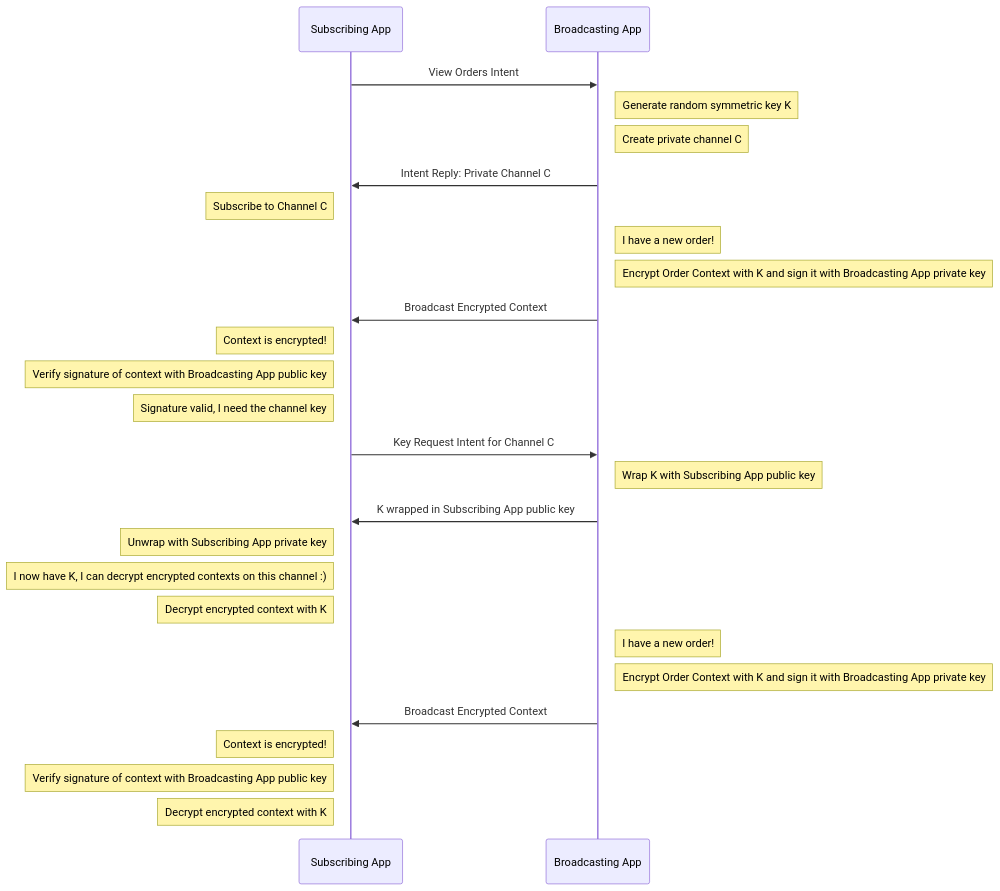
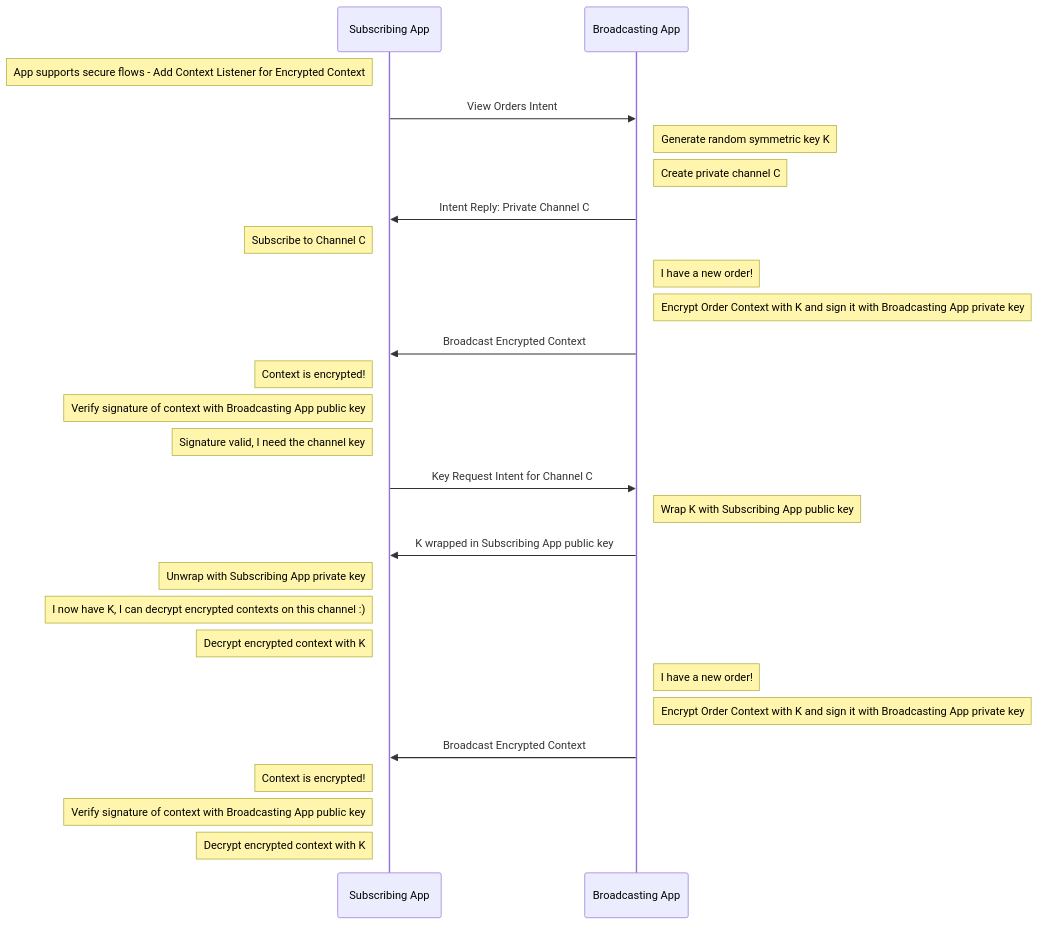
The second of 3 diagrams in website/docs/api/security.md (finos/FDC3), drawn with Mermaid before and after one commit. The commit also changed 1 other file, not shown here.

Commit message:
Encrypted context addContextListener

````diff
--- a/website/docs/api/security.md
+++ b/website/docs/api/security.md
@@ -263,28 +263,29 @@
 ```mermaid
 sequenceDiagram
     participant Subscribing App
     participant Broadcasting App
+    note left of Subscribing App: App supports secure flows - Add Context Listener for Encrypted Context
     Subscribing App->>Broadcasting App: View Orders Intent
     note right of Broadcasting App: Generate random symmetric key K
     note right of Broadcasting App: Create private channel C
     Broadcasting App->>Subscribing App: Intent Reply: Private Channel C
     note left of Subscribing App: Subscribe to Channel C
     note right of Broadcasting App: I have a new order!
     note right of Broadcasting App: Encrypt Order Context with K and sign it with Broadcasting App private key
     Broadcasting App->>Subscribing App: Broadcast Encrypted Context
     note left of Subscribing App: Context is encrypted!
     note left of Subscribing App: Verify signature of context with Broadcasting App public key
     note left of Subscribing App: Signature valid, I need the channel key
     Subscribing App->>Broadcasting App: Key Request Intent for Channel C
     note right of Broadcasting App: Wrap K with Subscribing App public key
     Broadcasting App->>Subscribing App: K wrapped in Subscribing App public key
     note left of Subscribing App: Unwrap with Subscribing App private key
     note left of Subscribing App: I now have K, I can decrypt encrypted contexts on this channel :)
     note left of Subscribing App: Decrypt encrypted context with K
     note right of Broadcasting App: I have a new order!
     note right of Broadcasting App: Encrypt Order Context with K and sign it with Broadcasting App private key
     Broadcasting App->>Subscribing App: Broadcast Encrypted Context
     note left of Subscribing App: Context is encrypted!
     note left of Subscribing App: Verify signature of context with Broadcasting App public key
     note left of Subscribing App: Decrypt encrypted context with K
 ```
````
